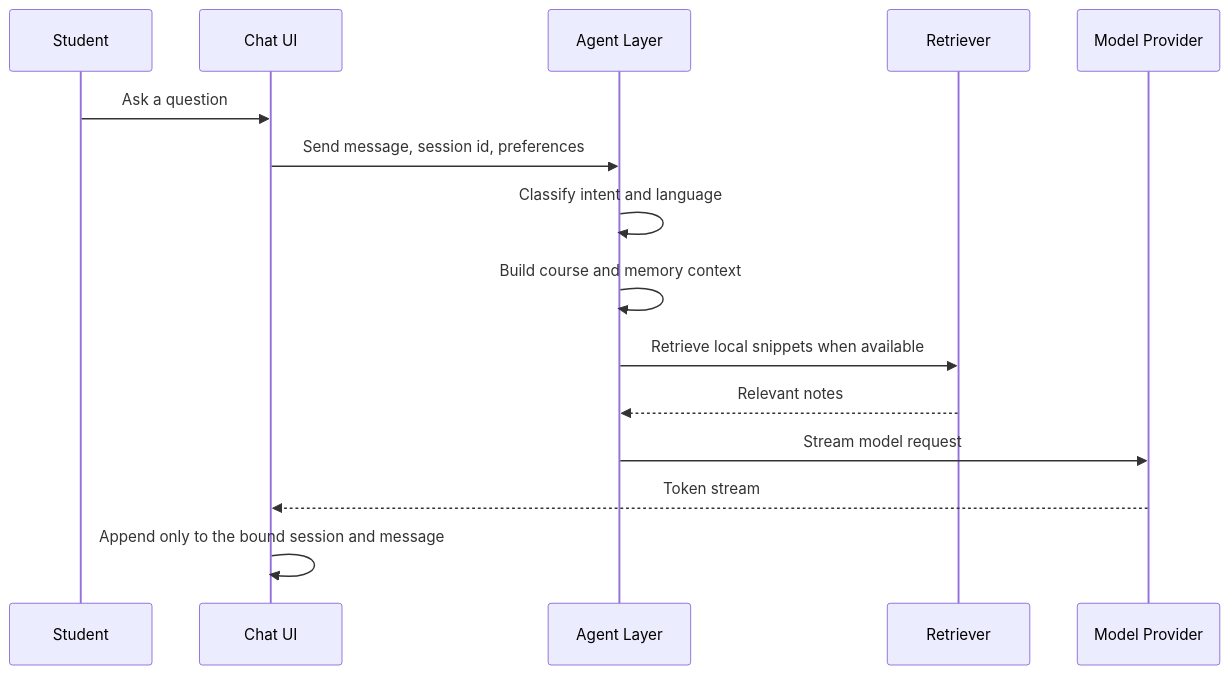
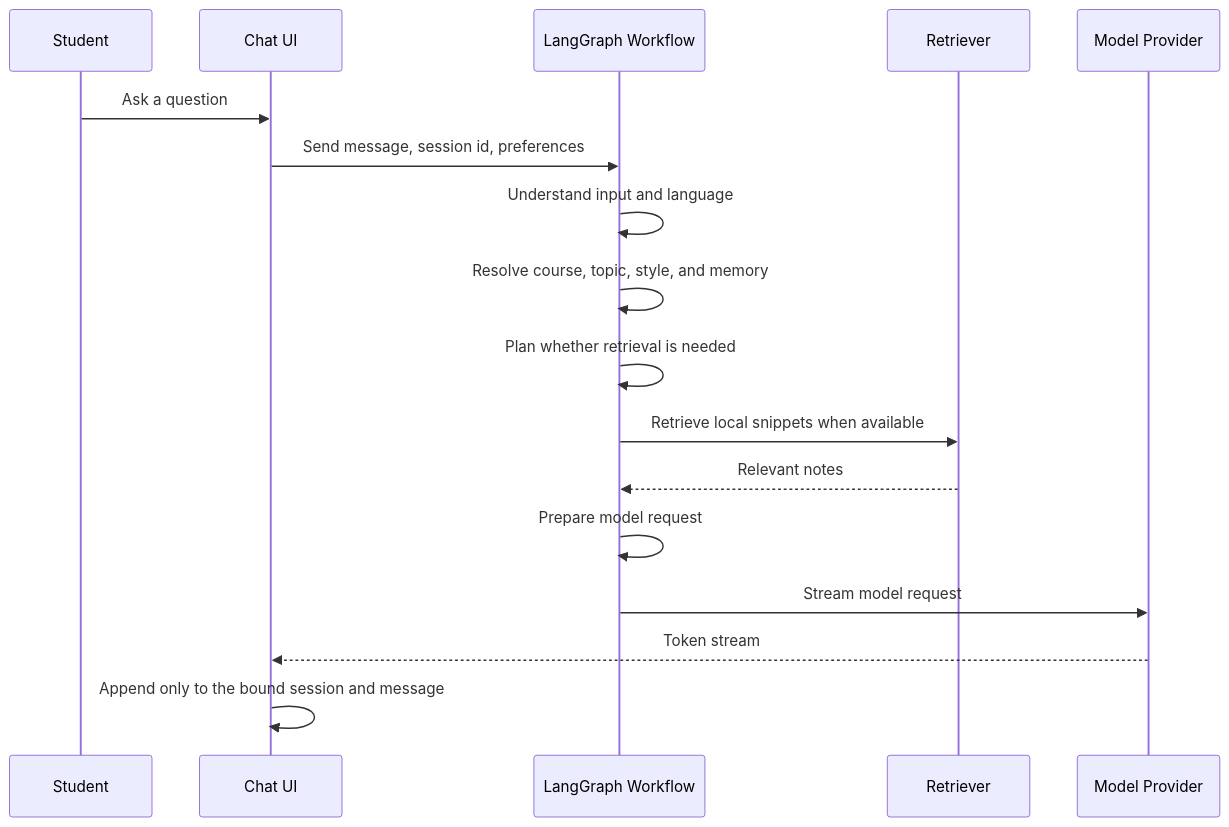
The second of 5 diagrams in README.md (lizr-phys/physics-learning-agent), drawn with Mermaid before and after one commit. The commit also changed other lines of this file and 9 other files, not shown here.

Commit message:
Introduce LangGraph agent workflow

````diff
--- a/README.md
+++ b/README.md
@@ -152,18 +165,20 @@
 ```mermaid
 sequenceDiagram
   participant U as Student
   participant UI as Chat UI
-  participant A as Agent Layer
+  participant A as LangGraph Workflow
   participant R as Retriever
   participant M as Model Provider
 
   U->>UI: Ask a question
   UI->>A: Send message, session id, preferences
-  A->>A: Classify intent and language
-  A->>A: Build course and memory context
+  A->>A: Understand input and language
+  A->>A: Resolve course, topic, style, and memory
+  A->>A: Plan whether retrieval is needed
   A->>R: Retrieve local snippets when available
   R-->>A: Relevant notes
+  A->>A: Prepare model request
   A->>M: Stream model request
   M-->>UI: Token stream
   UI->>UI: Append only to the bound session and message
 ```
````
